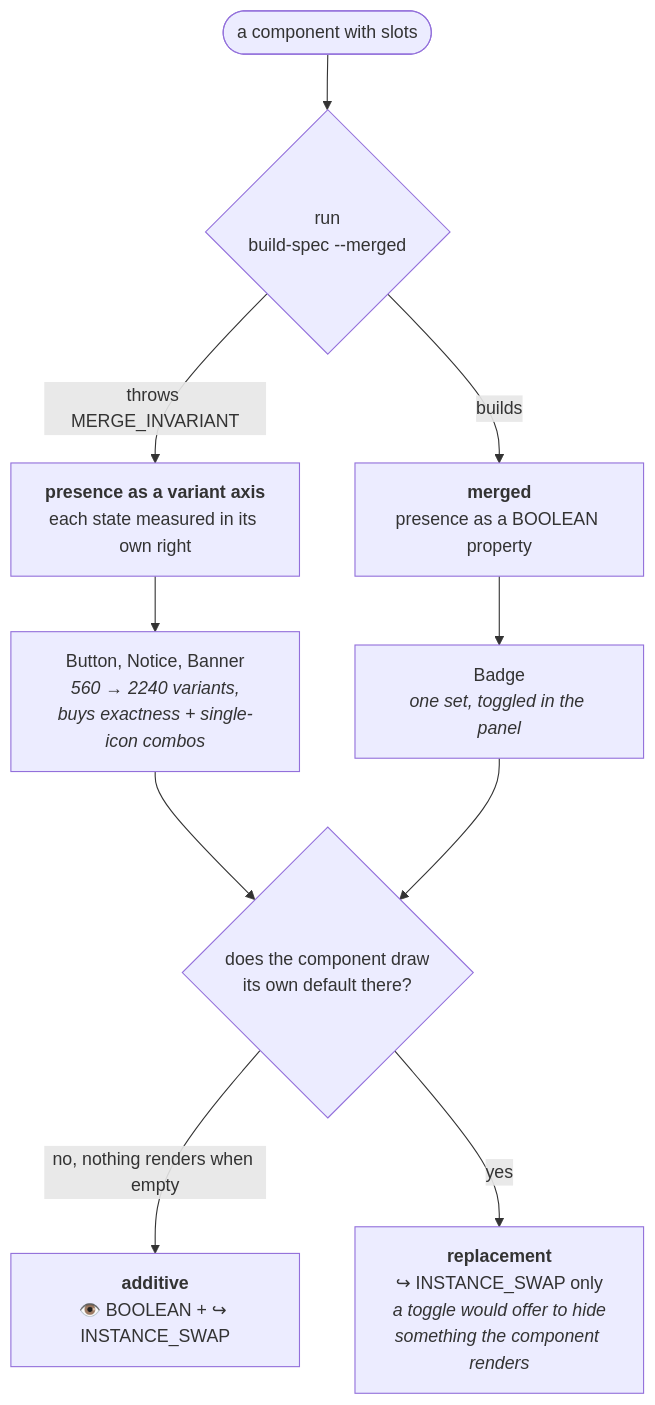
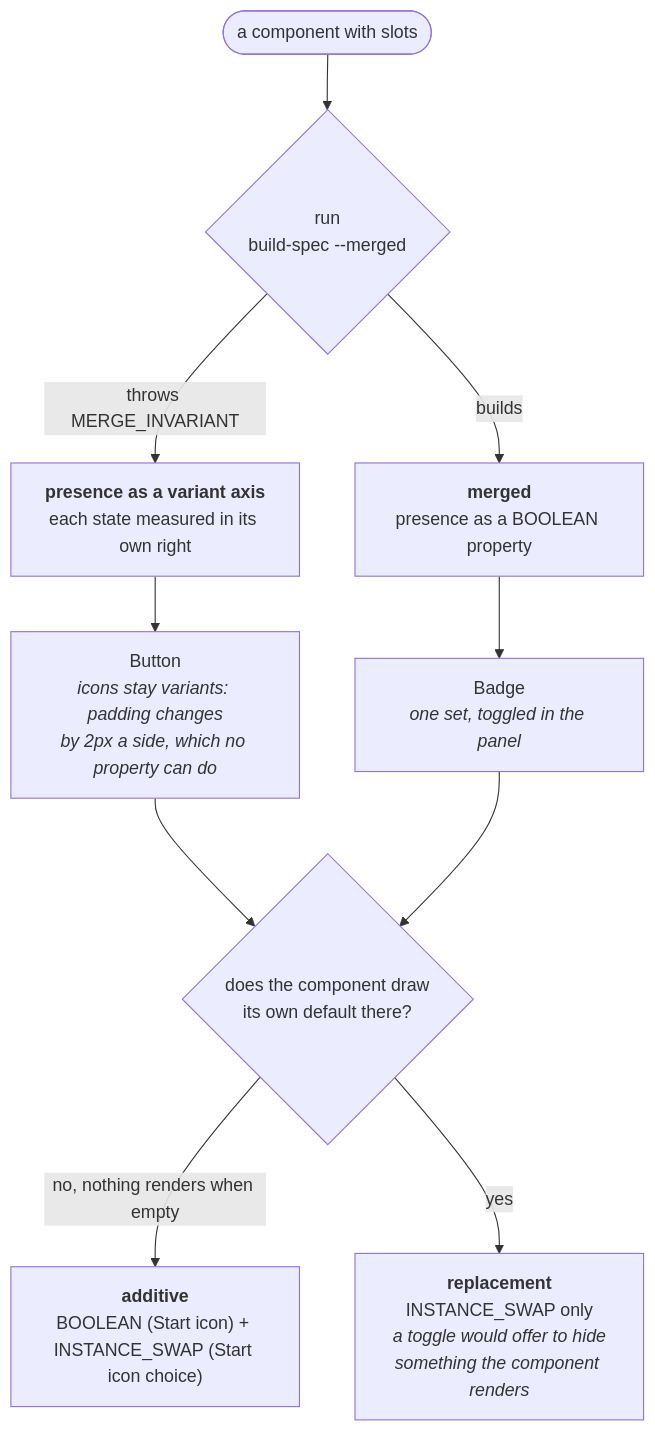
The third of 3 diagrams in packages/figma-components-sync/sync-scripts/README.md (dialpad/dialtone), drawn with Mermaid before and after one commit. The commit also changed other lines of this file and 2 other files, not shown here.

````diff
--- a/packages/figma-components-sync/sync-scripts/README.md
+++ b/packages/figma-components-sync/sync-scripts/README.md
@@ -264,15 +267,15 @@
 ```mermaid
 flowchart TD
     START([a component with slots]) --> MERGED{"run<br/>build-spec --merged"}
     MERGED -->|throws MERGE_INVARIANT| AXIS["<b>presence as a variant axis</b><br/>each state measured in its own right"]
     MERGED -->|builds| BOOL["<b>merged</b><br/>presence as a BOOLEAN property"]
 
-    AXIS --> AXISW["Button, Notice, Banner<br/><i>560 → 2240 variants,<br/>buys exactness + single-icon combos</i>"]
+    AXIS --> AXISW["Button<br/><i>icons stay variants: padding changes<br/>by 2px a side, which no property can do</i>"]
     BOOL --> BOOLW["Badge<br/><i>one set, toggled in the panel</i>"]
 
     KIND{"does the component draw<br/>its own default there?"}
     AXISW --> KIND
     BOOLW --> KIND
-    KIND -->|no, nothing renders when empty| ADD["<b>additive</b><br/>👁️ BOOLEAN + ↪ INSTANCE_SWAP"]
-    KIND -->|yes| REP["<b>replacement</b><br/>↪ INSTANCE_SWAP only<br/><i>a toggle would offer to hide<br/>something the component renders</i>"]
+    KIND -->|no, nothing renders when empty| ADD["<b>additive</b><br/>BOOLEAN (Start icon) + INSTANCE_SWAP (Start icon choice)"]
+    KIND -->|yes| REP["<b>replacement</b><br/>INSTANCE_SWAP only<br/><i>a toggle would offer to hide<br/>something the component renders</i>"]
 ```
````
